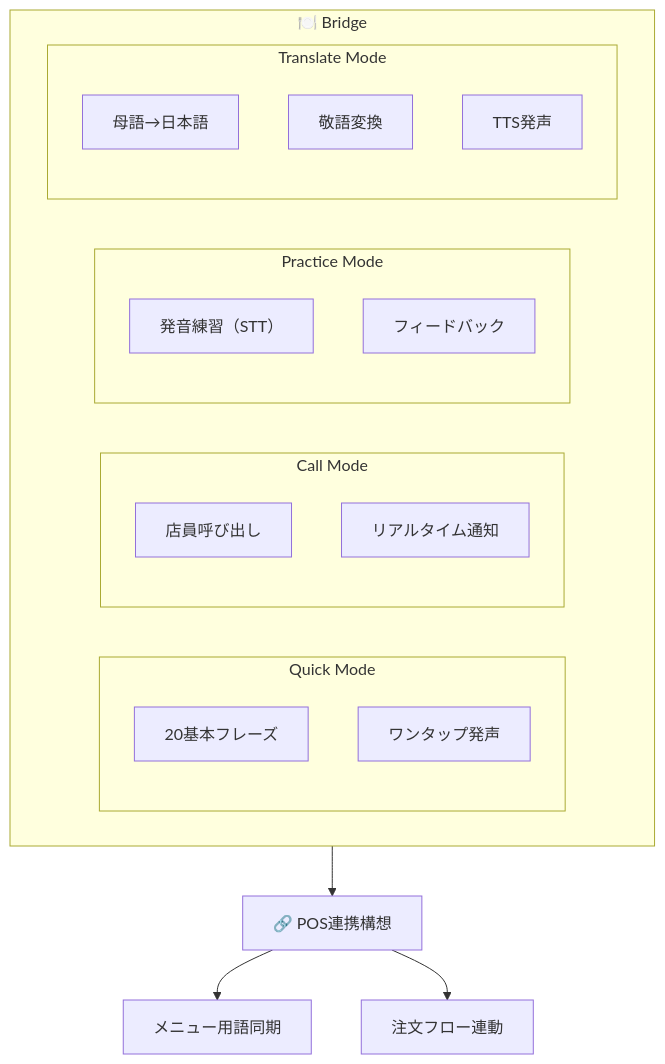
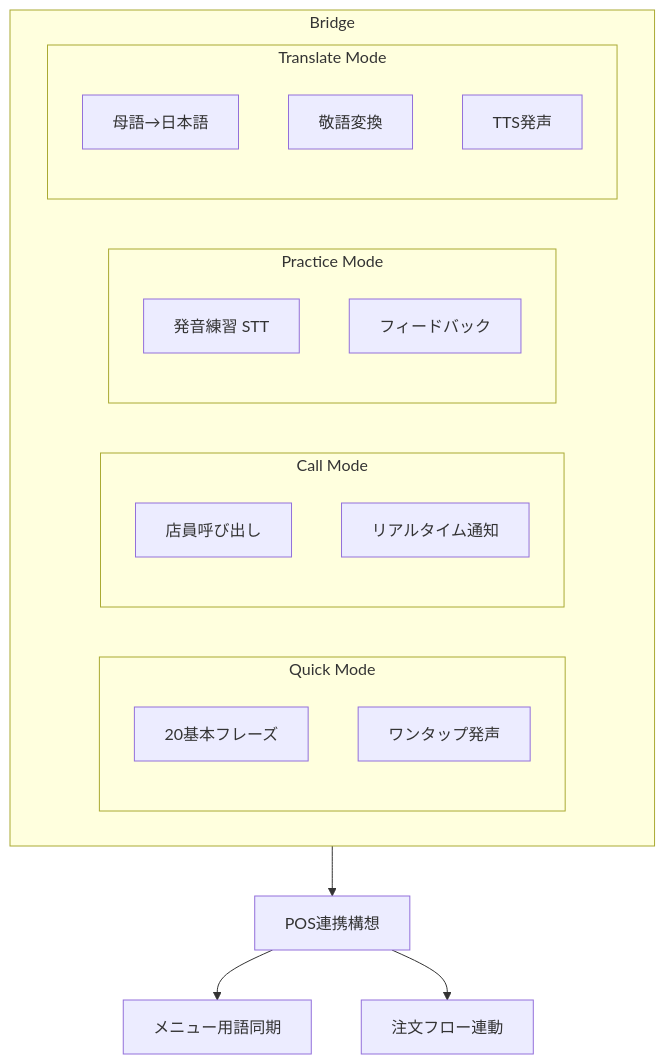
One commit to koshikawa-masato/Bridge-Restaurant-Training changed the diagram in mermaid/mermaid_solution.mmd. Above: the diagram before and after it, drawn with Mermaid. The commit also changed 9 other files, not shown here.

Commit message:
docs: replace emoji with text labels in diagrams

```diff
--- a/mermaid/mermaid_solution.mmd
+++ b/mermaid/mermaid_solution.mmd
@@ -1,24 +1,24 @@
 flowchart TB
-    subgraph Bridge["🍽️ Bridge"]
+    subgraph Bridge["Bridge"]
         subgraph Quick["Quick Mode"]
             Q1["20基本フレーズ"]
             Q2["ワンタップ発声"]
         end
         subgraph Call["Call Mode"]
             C1["店員呼び出し"]
             C2["リアルタイム通知"]
         end
         subgraph Practice["Practice Mode"]
-            P1["発音練習（STT）"]
+            P1["発音練習 STT"]
             P2["フィードバック"]
         end
         subgraph Translate["Translate Mode"]
             T1["母語→日本語"]
             T2["敬語変換"]
             T3["TTS発声"]
         end
     end
 
-    Bridge --> POS["🔗 POS連携構想"]
+    Bridge --> POS["POS連携構想"]
     POS --> M1["メニュー用語同期"]
     POS --> M2["注文フロー連動"]
```
